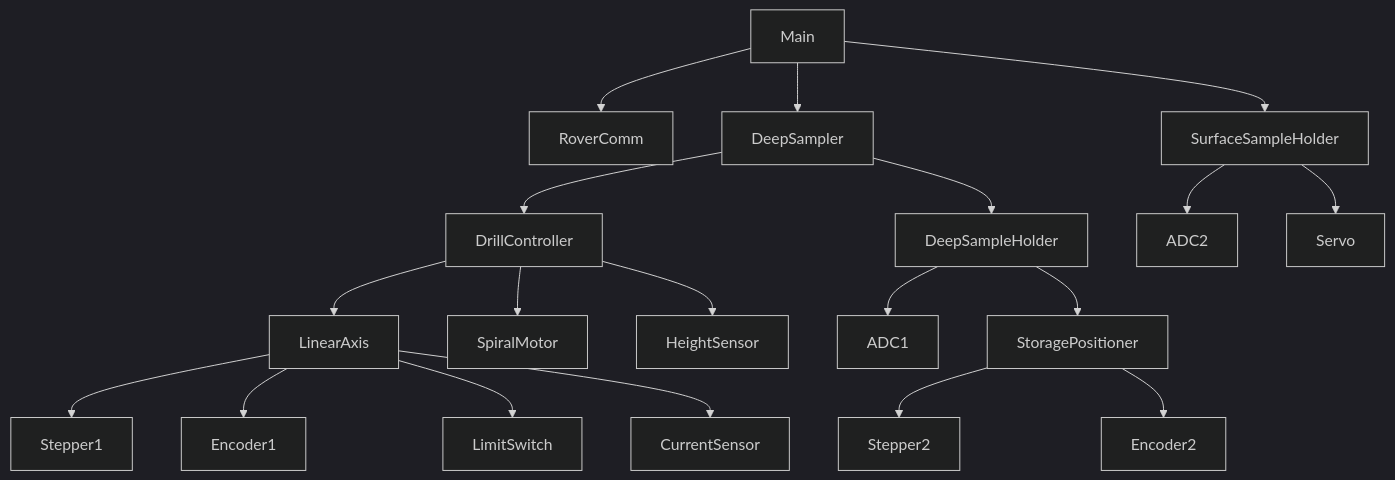
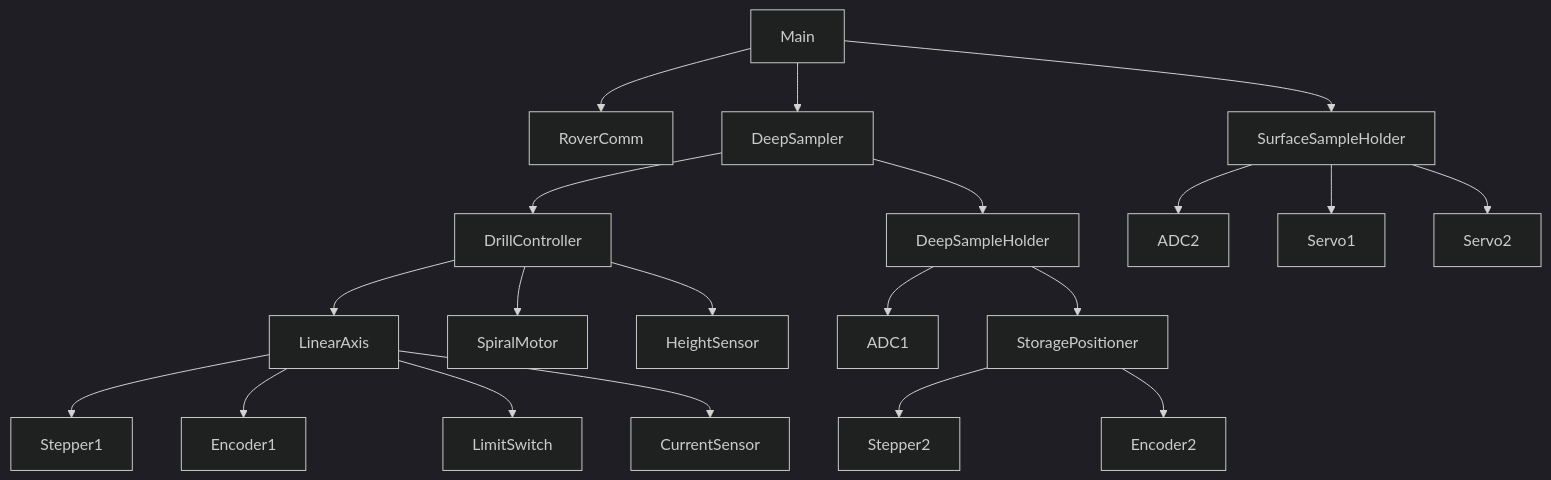
Before and after one commit to BrnoMarsRover/Drilling: the diagram in README.md, drawn with Mermaid (dark theme). The commit also changed other lines of this file, not shown here.

````diff
--- a/README.md
+++ b/README.md
@@ -21,21 +18,22 @@
 ```mermaid
 graph TD;
     Main-->RoverComm;
     Main-->DeepSampler;
       DeepSampler-->DrillController;
         DrillController-->LinearAxis;
           LinearAxis-->Stepper1;
           LinearAxis-->Encoder1;
           LinearAxis-->LimitSwitch;
           LinearAxis-->CurrentSensor;
         DrillController-->SpiralMotor;
       	DrillController-->HeightSensor;
       DeepSampler-->DeepSampleHolder;
         DeepSampleHolder-->ADC1
         DeepSampleHolder-->StoragePositioner
           StoragePositioner-->Stepper2;
           StoragePositioner-->Encoder2;
   Main-->SurfaceSampleHolder;
     SurfaceSampleHolder-->ADC2
-    SurfaceSampleHolder-->Servo;
+    SurfaceSampleHolder-->Servo1;
+    SurfaceSampleHolder-->Servo2;
 ```
````
